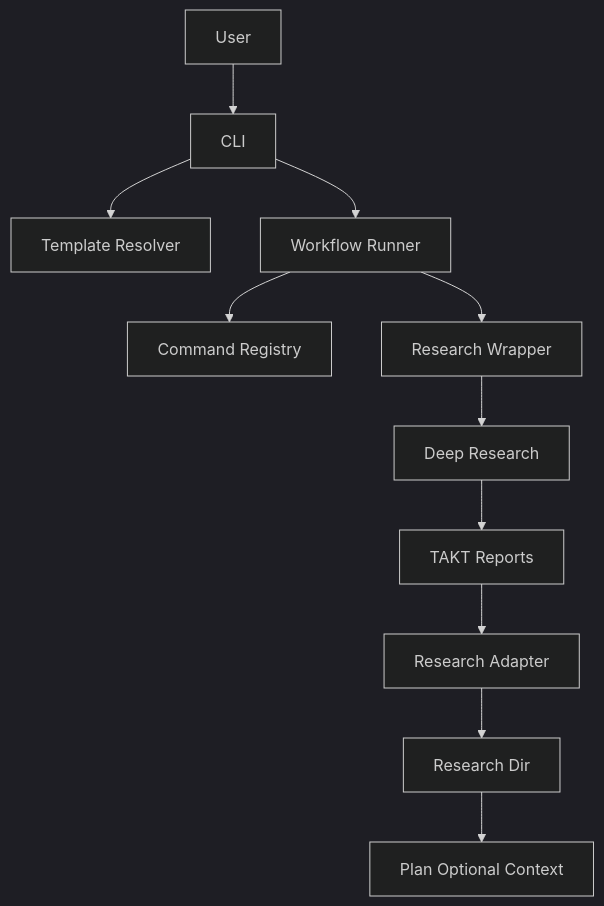
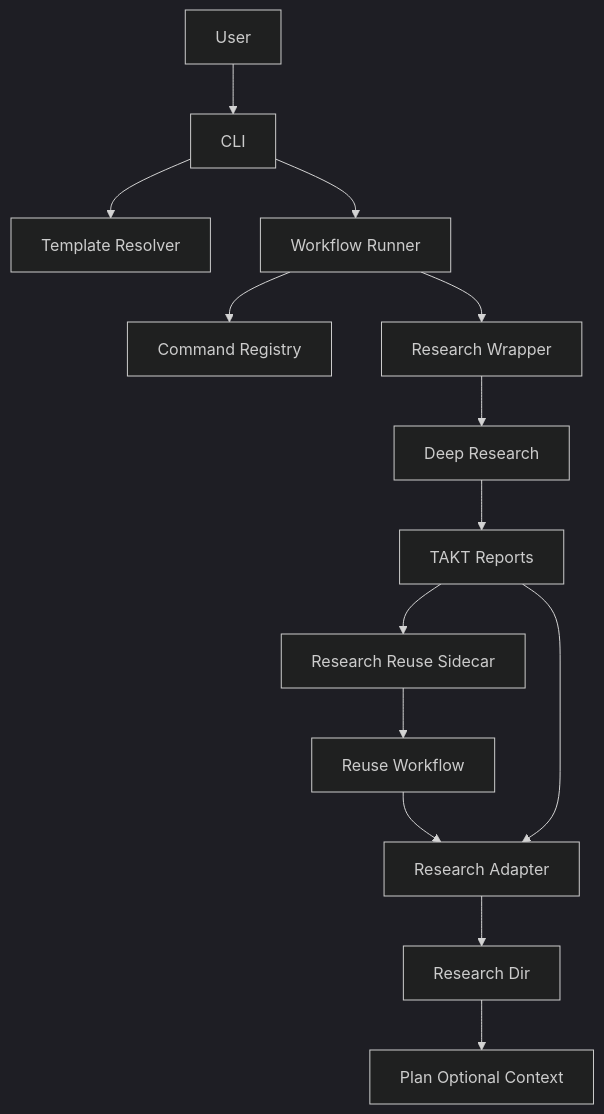
The first of 5 diagrams in .kiro/specs/slide-workflow-research/design.md (j5ik2o/takt-marp), drawn with Mermaid (dark theme) before and after one commit. The commit also changed other lines of this file and 11 other files, not shown here.

Commit message:
docs(slide-workflow-research): define reuse report spec

````diff
--- a/.kiro/specs/slide-workflow-research/design.md
+++ b/.kiro/specs/slide-workflow-research/design.md
@@ -108,13 +121,16 @@
 ```mermaid
 graph TB
     User[User] --> CLI[CLI]
     CLI --> Resolver[Template Resolver]
     CLI --> Runner[Workflow Runner]
     Runner --> Registry[Command Registry]
     Runner --> Wrapper[Research Wrapper]
     Wrapper --> Builtin[Deep Research]
     Builtin --> Reports[TAKT Reports]
+    Reports --> Reuse[Research Reuse Sidecar]
+    Reuse --> ReuseWorkflow[Reuse Workflow]
+    ReuseWorkflow --> Adapter
     Reports --> Adapter[Research Adapter]
     Adapter --> ResearchDir[Research Dir]
     ResearchDir --> Plan[Plan Optional Context]
 ```
````
